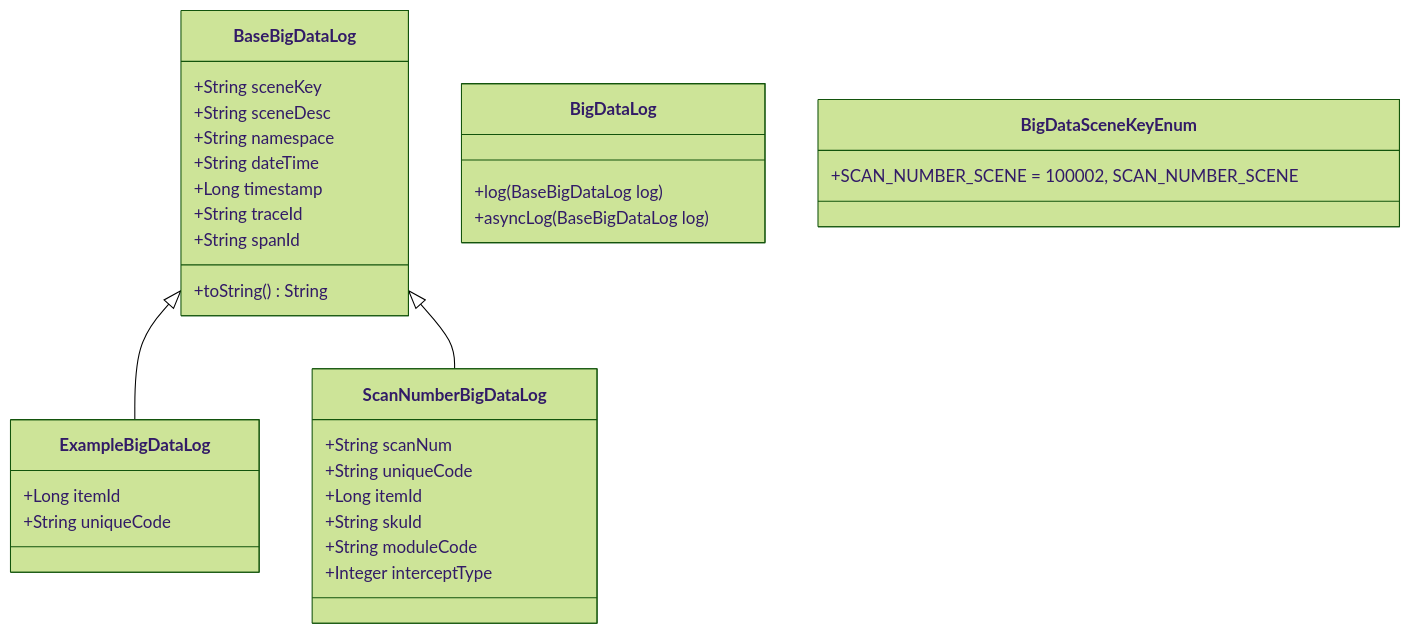
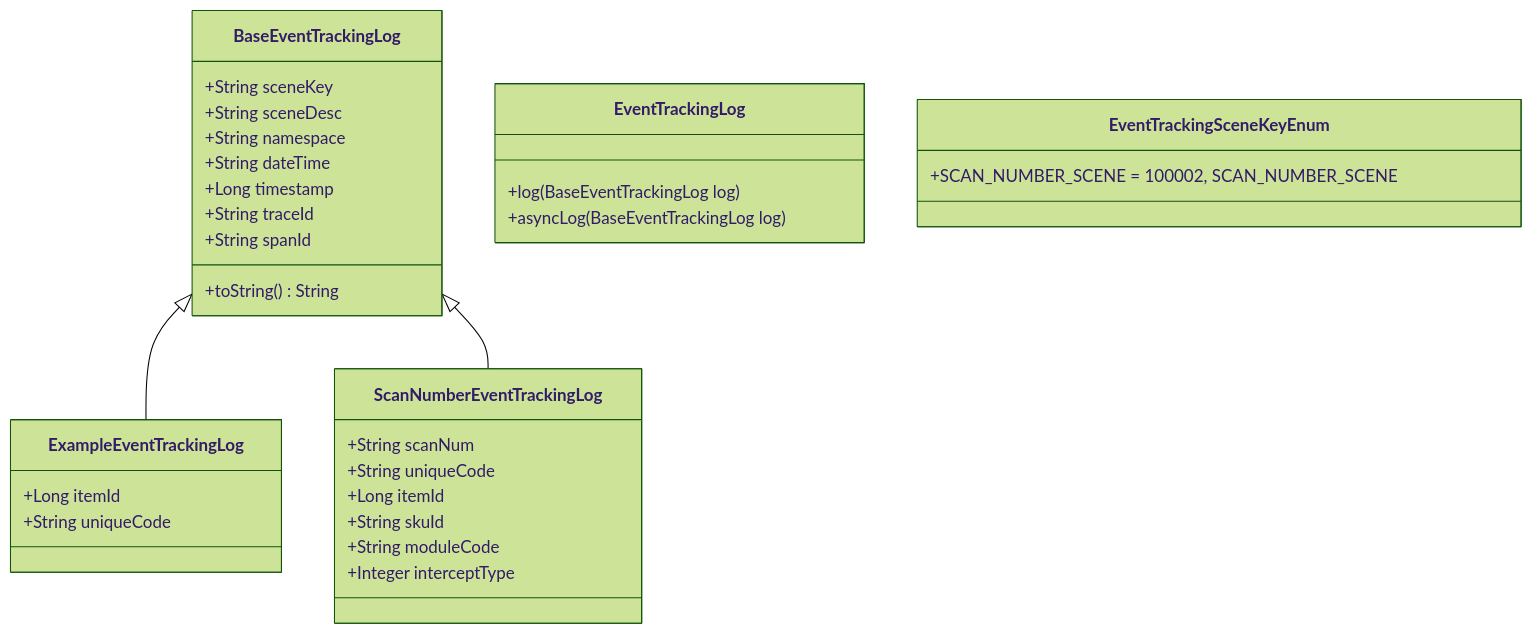
One commit to Clairehou111/event-tracking-pipeline changed the second of 2 diagrams in DESIGN.md. Above: the diagram before and after it, drawn with Mermaid (forest theme). The commit also changed other lines of this file and 15 other files, not shown here.

````diff
--- a/DESIGN.md
+++ b/DESIGN.md
@@ -103,39 +103,39 @@
 ```mermaid  
 classDiagram  
-    class BaseBigDataLog {  
+    class BaseEventTrackingLog {  
         +String sceneKey  
         +String sceneDesc  
         +String namespace  
         +String dateTime  
         +Long timestamp  
         +String traceId  
         +String spanId  
         +toString() String  
     }  
 
-    class ExampleBigDataLog {  
+    class ExampleEventTrackingLog {  
         +Long itemId  
         +String uniqueCode  
     }  
 
-    class ScanNumberBigDataLog {  
+    class ScanNumberEventTrackingLog {  
         +String scanNum  
         +String uniqueCode  
         +Long itemId  
         +String skuId  
         +String moduleCode  
         +Integer interceptType  
     }  
 
-    BaseBigDataLog <|-- ExampleBigDataLog  
-    BaseBigDataLog <|-- ScanNumberBigDataLog  
+    BaseEventTrackingLog <|-- ExampleEventTrackingLog  
+    BaseEventTrackingLog <|-- ScanNumberEventTrackingLog  
 
-    class BigDataLog {  
-        +log(BaseBigDataLog log)  
-        +asyncLog(BaseBigDataLog log)  
+    class EventTrackingLog {  
+        +log(BaseEventTrackingLog log)  
+        +asyncLog(BaseEventTrackingLog log)  
     }  
 
-    class BigDataSceneKeyEnum {  
+    class EventTrackingSceneKeyEnum {  
         +SCAN_NUMBER_SCENE = 100002, SCAN_NUMBER_SCENE  
     }  
 ```
````
